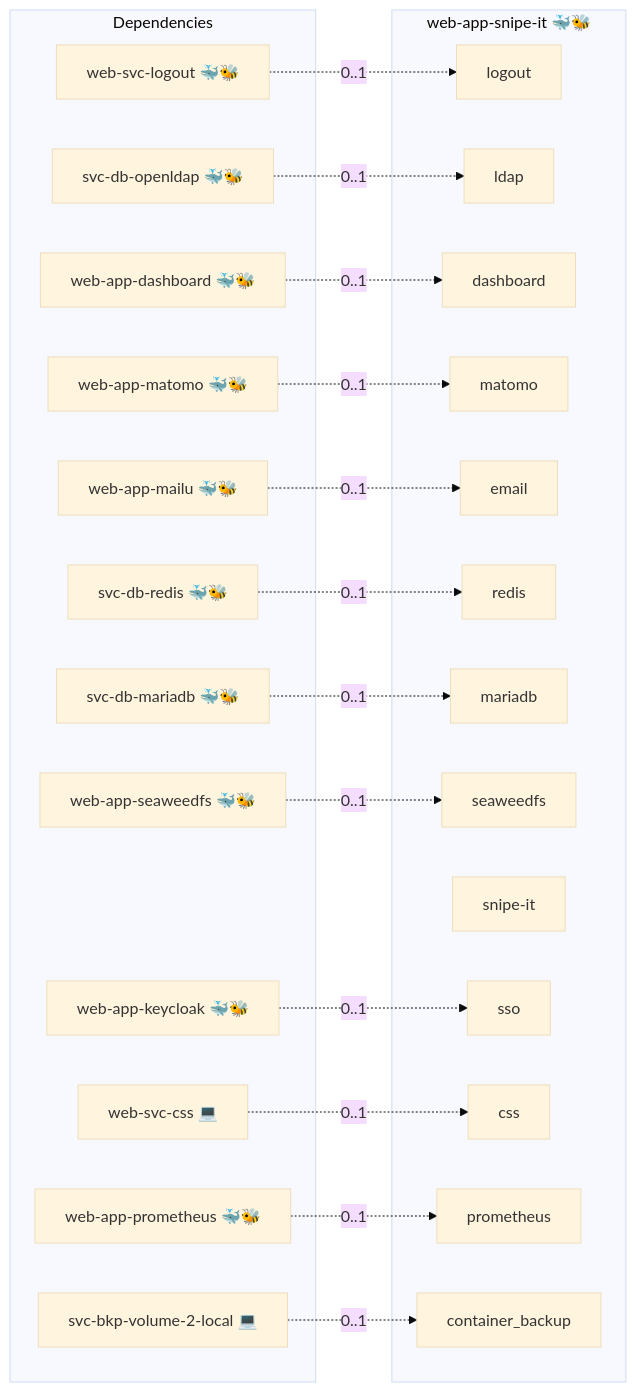
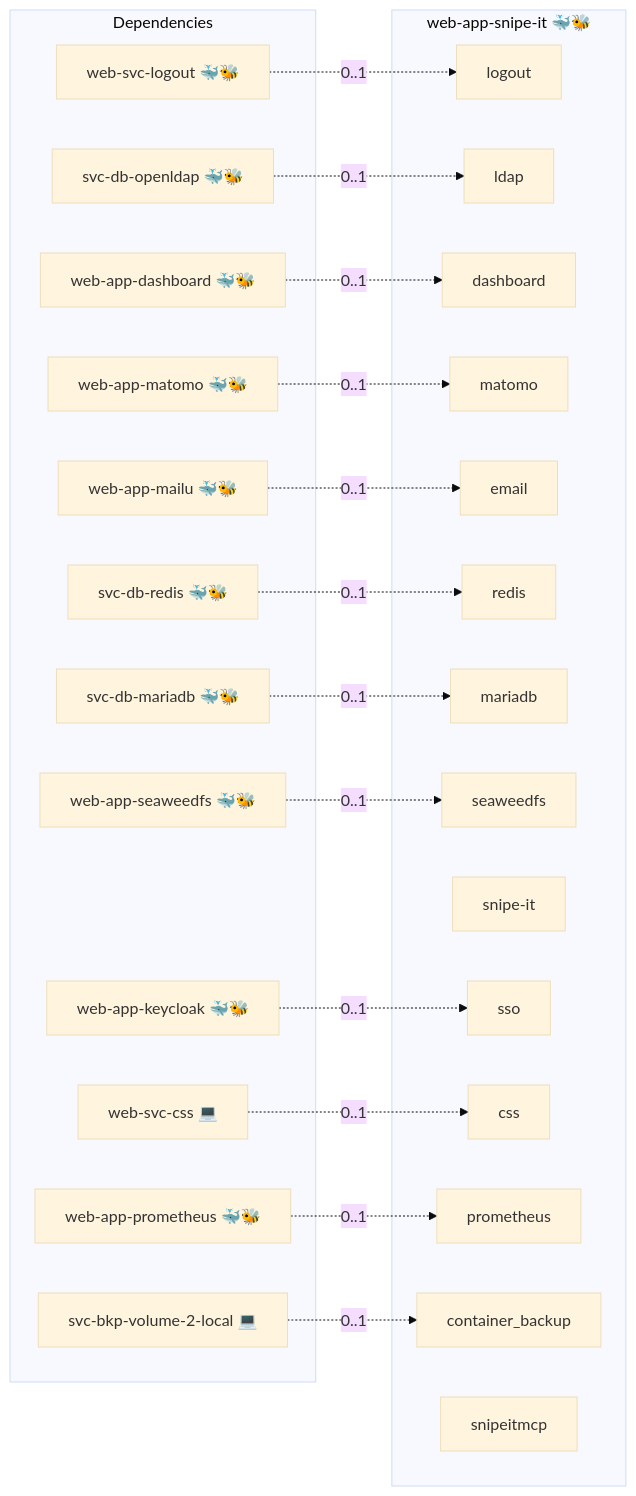
Before and after one commit to infinito-nexus/core: the diagram in roles/web-app-snipe-it/README.md, drawn with Mermaid (base theme). The commit also changed 142 other files, not shown here.

````diff
--- a/roles/web-app-snipe-it/README.md
+++ b/roles/web-app-snipe-it/README.md
@@ -15,44 +15,45 @@
 ```mermaid
 flowchart LR
     subgraph deps [Dependencies]
         dep_svc_bkp_volume_2_local["svc-bkp-volume-2-local 💻"]
         dep_svc_db_mariadb["svc-db-mariadb 🐳🐝"]
         dep_svc_db_openldap["svc-db-openldap 🐳🐝"]
         dep_svc_db_redis["svc-db-redis 🐳🐝"]
         dep_web_app_dashboard["web-app-dashboard 🐳🐝"]
         dep_web_app_keycloak["web-app-keycloak 🐳🐝"]
         dep_web_app_mailu["web-app-mailu 🐳🐝"]
         dep_web_app_matomo["web-app-matomo 🐳🐝"]
         dep_web_app_prometheus["web-app-prometheus 🐳🐝"]
         dep_web_app_seaweedfs["web-app-seaweedfs 🐳🐝"]
         dep_web_svc_css["web-svc-css 💻"]
         dep_web_svc_logout["web-svc-logout 🐳🐝"]
     end
     subgraph role [web-app-snipe-it 🐳🐝]
         svc_logout["logout"]
         svc_ldap["ldap"]
         svc_dashboard["dashboard"]
         svc_matomo["matomo"]
         svc_email["email"]
         svc_redis["redis"]
         svc_mariadb["mariadb"]
         svc_seaweedfs["seaweedfs"]
         svc_snipe_it["snipe-it"]
         svc_sso["sso"]
         svc_css["css"]
         svc_prometheus["prometheus"]
         svc_container_backup["container_backup"]
+        svc_snipeitmcp["snipeitmcp"]
     end
     dep_svc_bkp_volume_2_local -. "0..1" .-> svc_container_backup
     dep_svc_db_mariadb -. "0..1" .-> svc_mariadb
     dep_svc_db_openldap -. "0..1" .-> svc_ldap
     dep_svc_db_redis -. "0..1" .-> svc_redis
     dep_web_app_dashboard -. "0..1" .-> svc_dashboard
     dep_web_app_keycloak -. "0..1" .-> svc_sso
     dep_web_app_mailu -. "0..1" .-> svc_email
     dep_web_app_matomo -. "0..1" .-> svc_matomo
     dep_web_app_prometheus -. "0..1" .-> svc_prometheus
     dep_web_app_seaweedfs -. "0..1" .-> svc_seaweedfs
     dep_web_svc_css -. "0..1" .-> svc_css
     dep_web_svc_logout -. "0..1" .-> svc_logout
 ```
````
